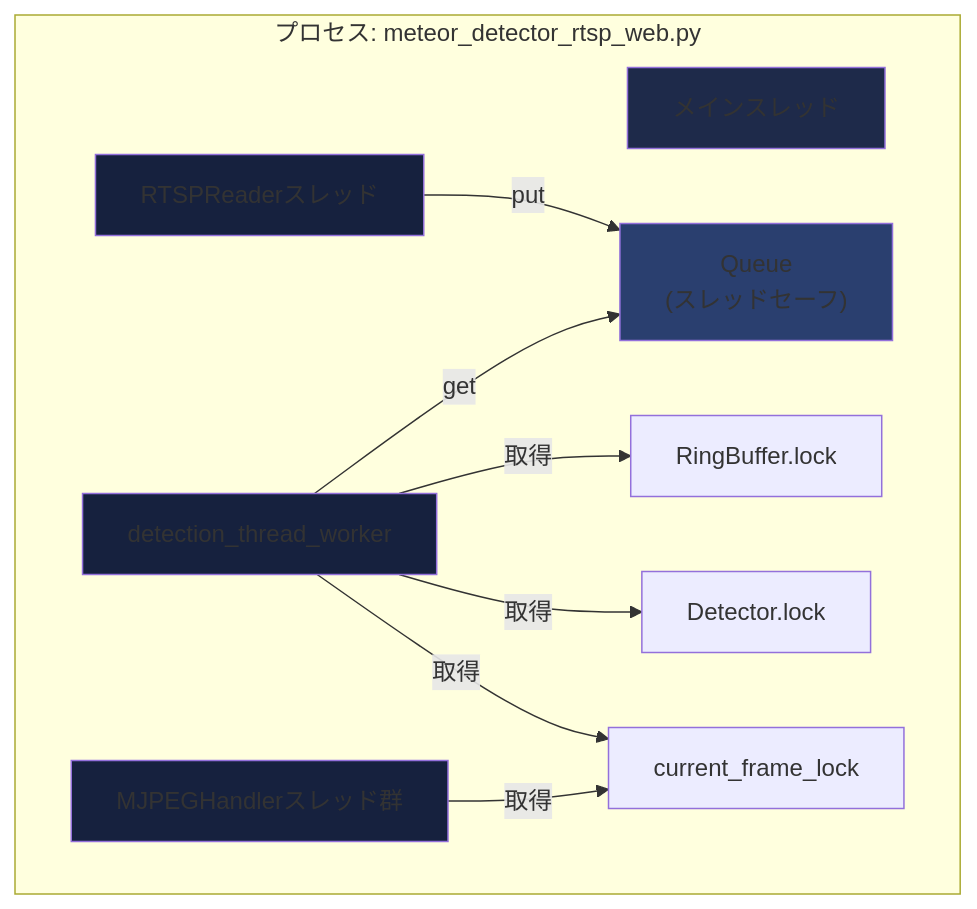
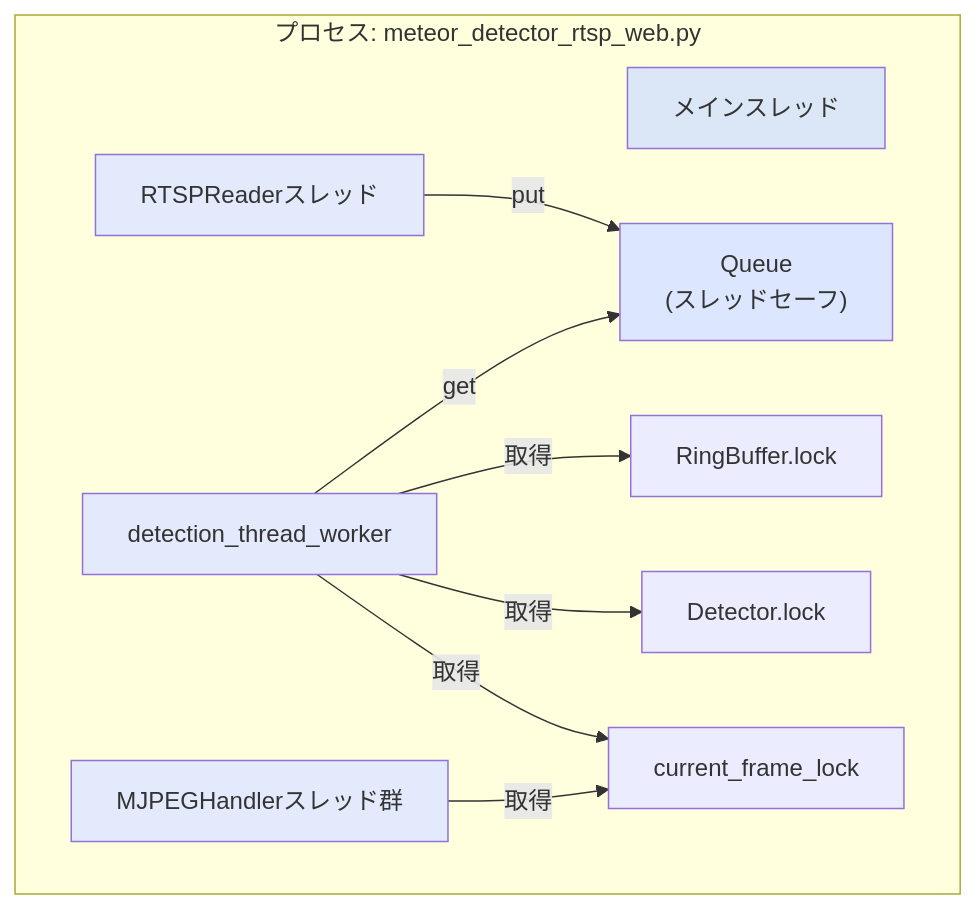
Before and after one commit to Masakai/meteo: diagram 12 of 12 in documents/DETECTOR_COMPONENTS.md, drawn with Mermaid. The commit also changed other lines of this file and 8 other files, not shown here.

Commit message:
- Mermaidダイアグラム用スタイルのカラーパレットを調整   - セーフティカラーを温和なトーンへ変更   - Mermaidテーマ設定のドキュメントやスクリプトを更新 - WebRTC/Go2RTC関連のドキュメント強化   - `go2rtc` コンテナ仕様、図解を追加   - ダッシュボード埋め込み方式とストリーミング設定を反映   - 構築手順にポートや依存関係情報を補足

````diff
--- a/documents/DETECTOR_COMPONENTS.md
+++ b/documents/DETECTOR_COMPONENTS.md
@@ -771,27 +771,27 @@
 ```mermaid
 graph TB
     subgraph "プロセス: meteor_detector_rtsp_web.py"
         Main["メインスレッド"]
         Thread1["RTSPReaderスレッド"]
         Thread2["detection_thread_worker"]
         Thread3["MJPEGHandlerスレッド群"]
 
         Queue["Queue<br/>(スレッドセーフ)"]
         BufferLock["RingBuffer.lock"]
         DetectorLock["Detector.lock"]
         FrameLock["current_frame_lock"]
 
         Thread1 -->|"put"| Queue
         Thread2 -->|"get"| Queue
         Thread2 -->|"取得"| BufferLock
         Thread2 -->|"取得"| DetectorLock
         Thread2 -->|"取得"| FrameLock
         Thread3 -->|"取得"| FrameLock
     end
 
-    style Main fill:#1e2a4a
-    style Thread1 fill:#16213e
-    style Thread2 fill:#16213e
-    style Thread3 fill:#16213e
-    style Queue fill:#2a3f6f
+    style Main fill:#dbe7f6
+    style Thread1 fill:#e2eafc
+    style Thread2 fill:#e2eafc
+    style Thread3 fill:#e2eafc
+    style Queue fill:#dce6ff
 ```
````
